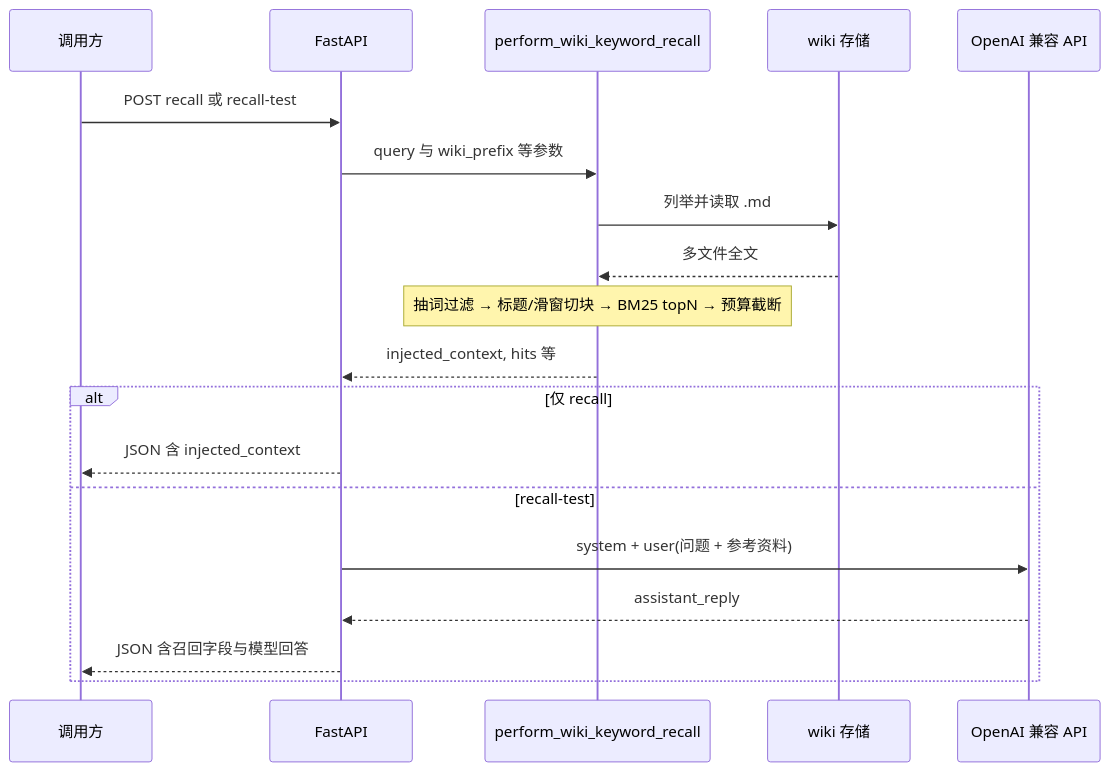
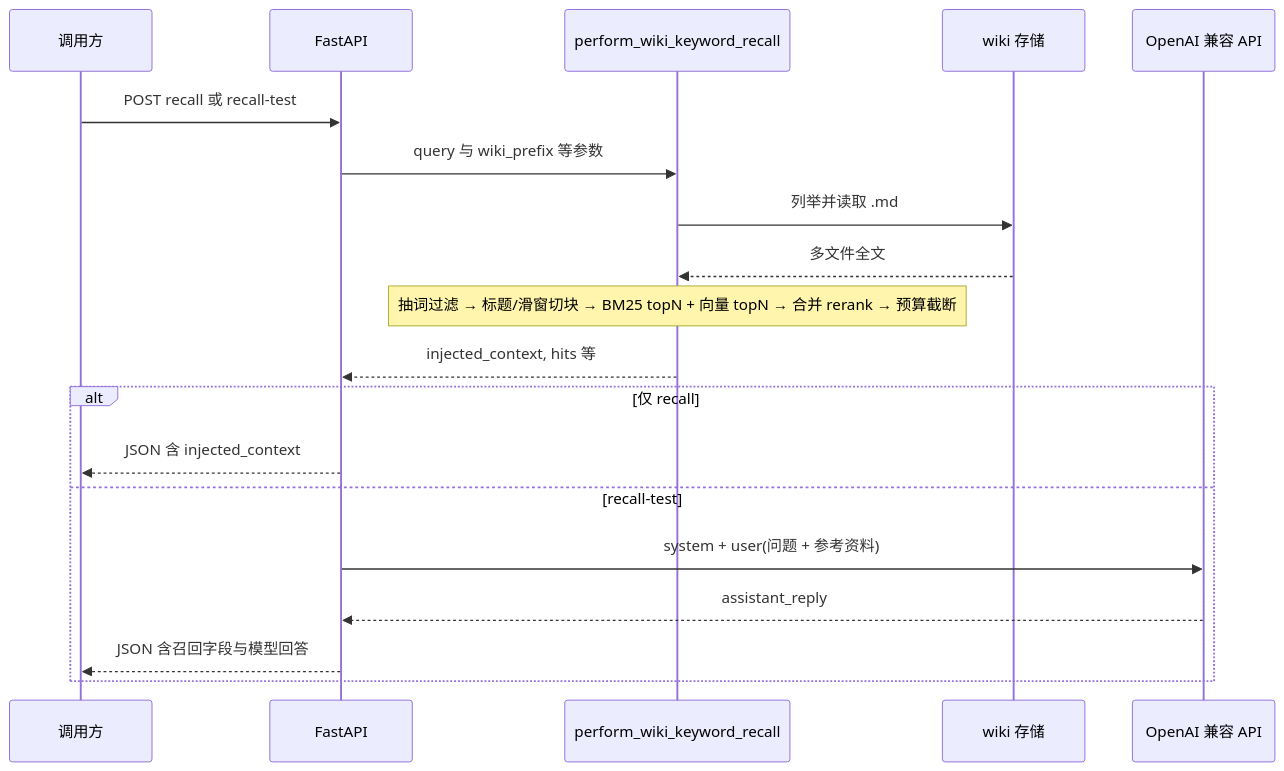
Before and after one commit to wangfeifei-xsd/pathy-knowledge-server: the second of 2 diagrams in README.md, drawn with Mermaid. The commit also changed other lines of this file and 20 other files, not shown here.

````diff
--- a/README.md
+++ b/README.md
@@ -73,23 +82,23 @@
 ```mermaid
 sequenceDiagram
   participant Client as 调用方
   participant API as FastAPI
   participant Recall as perform_wiki_keyword_recall
   participant FS as wiki 存储
   participant LLM as OpenAI 兼容 API
 
   Client->>API: POST recall 或 recall-test
   API->>Recall: query 与 wiki_prefix 等参数
   Recall->>FS: 列举并读取 .md
   FS-->>Recall: 多文件全文
-  Note over Recall: 抽词过滤 → 标题/滑窗切块 → BM25 topN → 预算截断
+  Note over Recall: 抽词过滤 → 标题/滑窗切块 → BM25 topN + 向量 topN → 合并 rerank → 预算截断
   Recall-->>API: injected_context, hits 等
 
   alt 仅 recall
     API-->>Client: JSON 含 injected_context
   else recall-test
     API->>LLM: system + user(问题 + 参考资料)
     LLM-->>API: assistant_reply
     API-->>Client: JSON 含召回字段与模型回答
   end
 ```
````
